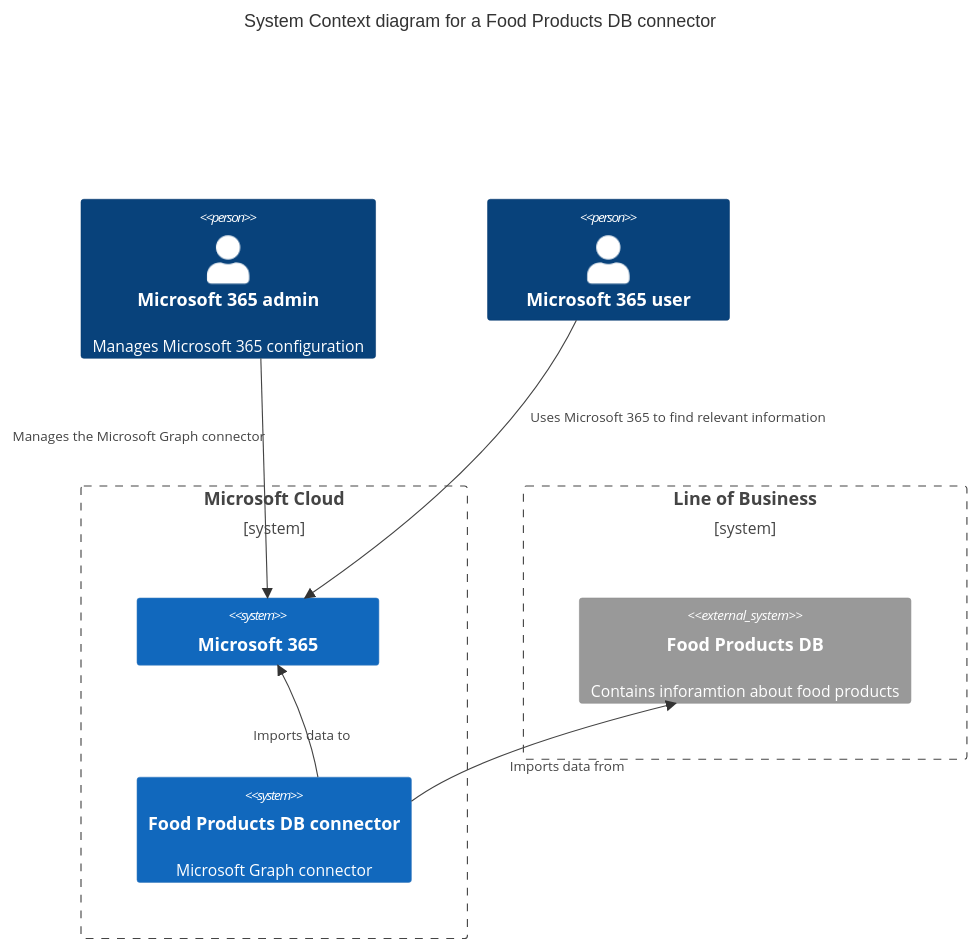
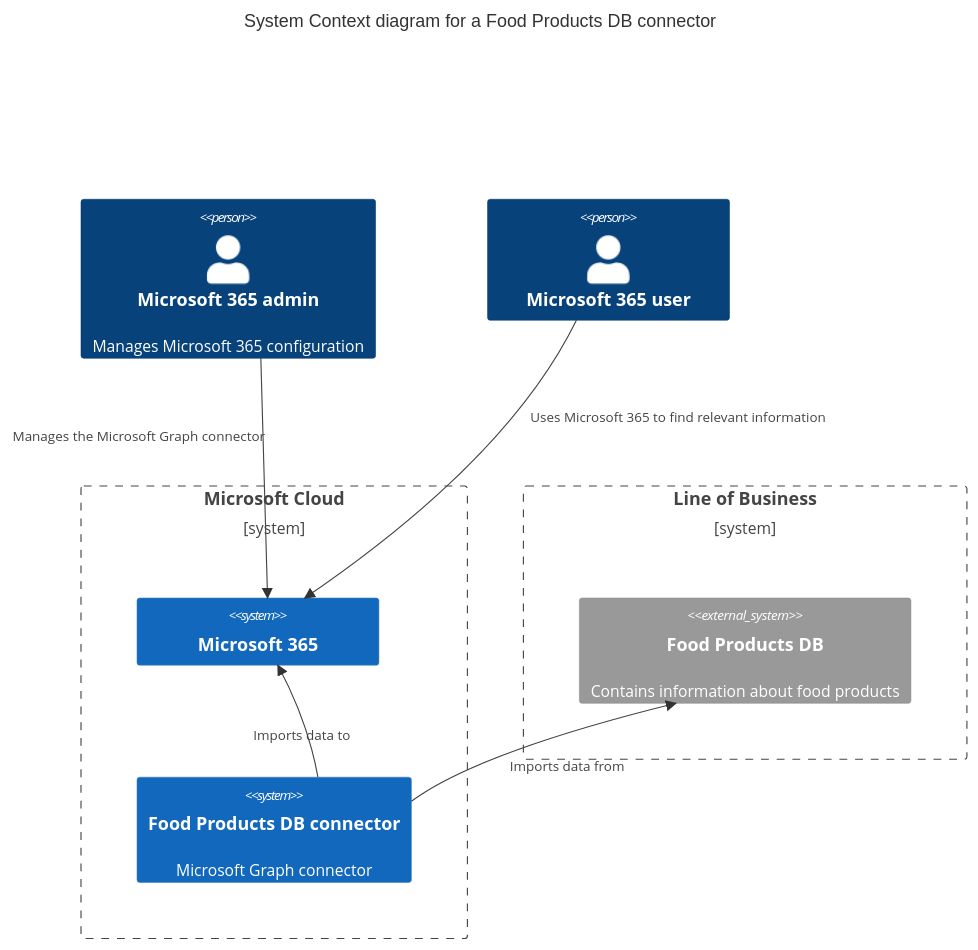
Before and after one commit to pnp/graph-connectors-samples: the first of 8 diagrams in samples/nodejs-typescript-food-catalog/readme.md, drawn with Mermaid. The commit also changed other lines of this file, not shown here.

````diff
--- a/samples/nodejs-typescript-food-catalog/readme.md
+++ b/samples/nodejs-typescript-food-catalog/readme.md
@@ -113,24 +113,24 @@
 ```mermaid
 C4Context
 title System Context diagram for a Food Products DB connector
 Person(admin, "Microsoft 365 admin", "Manages Microsoft 365 configuration")
 Person(user, "Microsoft 365 user")
   
 Boundary(bM365, "Microsoft Cloud") {
     System(microsoft365, "Microsoft 365")
     System(connector, "Food Products DB connector", "Microsoft Graph connector")
 }
 
 Boundary(bLOB, "Line of Business") {
-    System_Ext(externalContent, "Food Products DB", "Contains inforamtion about food products")
+    System_Ext(externalContent, "Food Products DB", "Contains information about food products")
 }
 
 Rel(admin, microsoft365, "Manages the Microsoft Graph connector")
 UpdateRelStyle(admin, microsoft365, $offsetX="-225", $offsetY="-40")
 Rel(user, microsoft365, "Uses Microsoft 365 to find relevant information")
 UpdateRelStyle(user, microsoft365, $offsetX="80", $offsetY="-40")
 Rel(connector, externalContent, "Imports data from")
 UpdateRelStyle(connector, externalContent, $offsetY="10", $offsetX="-30")
 Rel(connector, microsoft365, "Imports data to")
 UpdateRelStyle(connector, microsoft365, $offsetY="10", $offsetX="-40")
 ```
````
